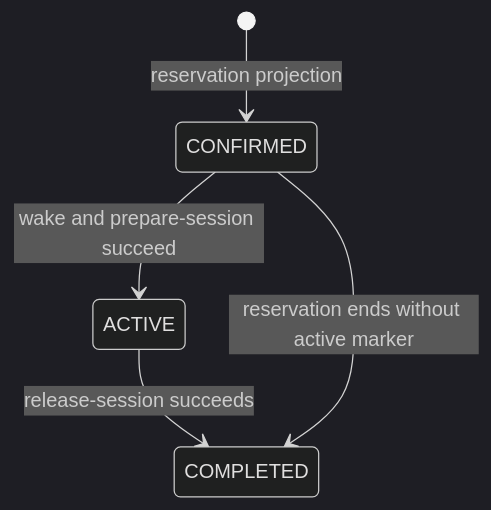
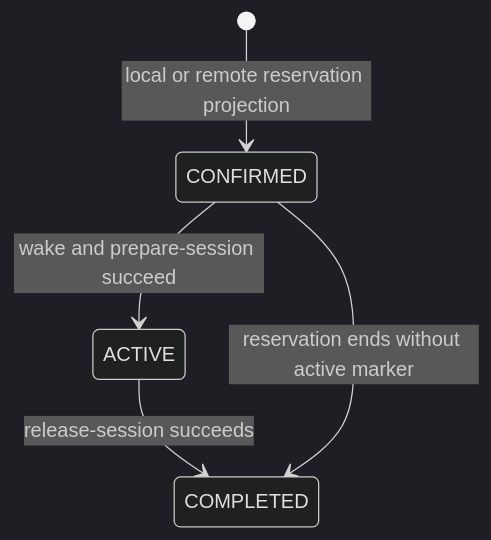
The diagram in docs/workflows/gateway-lab-station-operations.md (DecentraLabsCom/Lab-Gateway), drawn with Mermaid (dark theme) before and after one commit. The commit also changed other lines of this file and 14 other files, not shown here.

Commit message:
fix: wire Lite reservation projection

````diff
--- a/docs/workflows/gateway-lab-station-operations.md
+++ b/docs/workflows/gateway-lab-station-operations.md
@@ -87,7 +93,7 @@
 ```mermaid
 stateDiagram-v2
-    [*] --> CONFIRMED: reservation projection
+    [*] --> CONFIRMED: local or remote reservation projection
     CONFIRMED --> ACTIVE: wake and prepare-session succeed
     ACTIVE --> COMPLETED: release-session succeeds
     CONFIRMED --> COMPLETED: reservation ends without active marker
 ```
````
